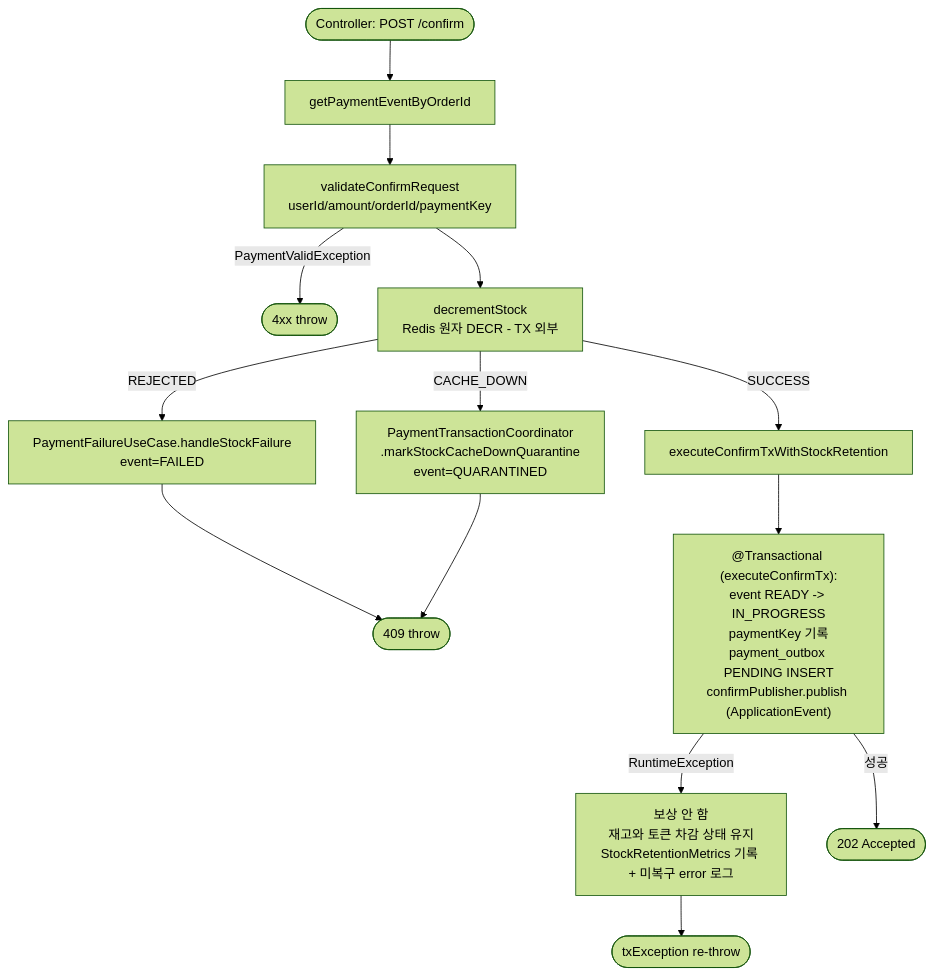
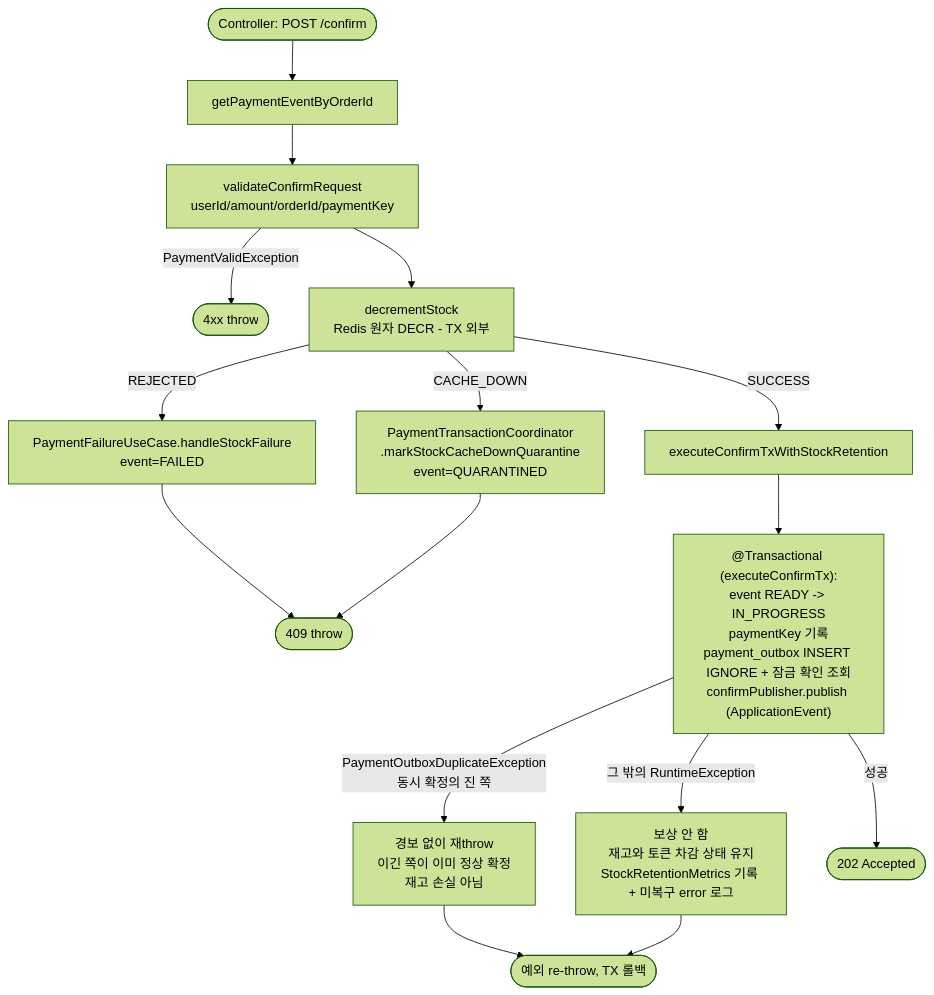
The first of 8 diagrams in docs/context/CONFIRM-FLOW.md (hyoguoo/payment-platform), drawn with Mermaid (forest theme) before and after one commit. The commit also changed other lines of this file and 13 other files, not shown here.

````diff
--- a/docs/context/CONFIRM-FLOW.md
+++ b/docs/context/CONFIRM-FLOW.md
@@ -39,19 +39,21 @@
 ```mermaid
 flowchart TD
     A([Controller: POST /confirm]) --> B[getPaymentEventByOrderId]
     B --> LVAL[validateConfirmRequest<br/>userId/amount/orderId/paymentKey]
     LVAL -->|PaymentValidException| FAIL_4XX([4xx throw])
     LVAL --> DECR[decrementStock<br/>Redis 원자 DECR - TX 외부]
 
     DECR -->|REJECTED| RJ[PaymentFailureUseCase.handleStockFailure<br/>event=FAILED]
     DECR -->|CACHE_DOWN| CD[PaymentTransactionCoordinator<br/>.markStockCacheDownQuarantine<br/>event=QUARANTINED]
     DECR -->|SUCCESS| TX[executeConfirmTxWithStockRetention]
 
     RJ --> FAIL_409([409 throw])
     CD --> FAIL_409
 
-    TX --> TX_INNER["@Transactional (executeConfirmTx):<br/>event READY -> IN_PROGRESS<br/>paymentKey 기록<br/>payment_outbox PENDING INSERT<br/>confirmPublisher.publish (ApplicationEvent)"]
-    TX_INNER -->|RuntimeException| COMP[보상 안 함<br/>재고와 토큰 차감 상태 유지<br/>StockRetentionMetrics 기록 + 미복구 error 로그]
-    COMP --> RETHROW([txException re-throw])
+    TX --> TX_INNER["@Transactional (executeConfirmTx):<br/>event READY -> IN_PROGRESS<br/>paymentKey 기록<br/>payment_outbox INSERT IGNORE + 잠금 확인 조회<br/>confirmPublisher.publish (ApplicationEvent)"]
+    TX_INNER -->|PaymentOutboxDuplicateException<br/>동시 확정의 진 쪽| DUP[경보 없이 재throw<br/>이긴 쪽이 이미 정상 확정<br/>재고 손실 아님]
+    DUP --> RETHROW
+    TX_INNER -->|그 밖의 RuntimeException| COMP[보상 안 함<br/>재고와 토큰 차감 상태 유지<br/>StockRetentionMetrics 기록 + 미복구 error 로그]
+    COMP --> RETHROW([예외 re-throw, TX 롤백])
     TX_INNER -->|성공| RESP([202 Accepted])
 ```
````
